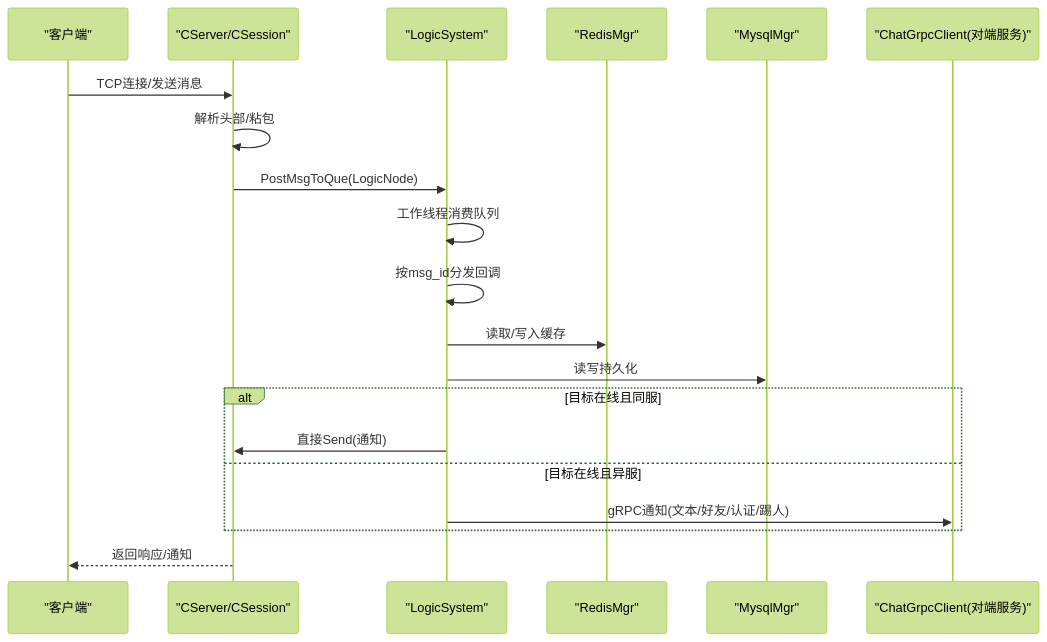
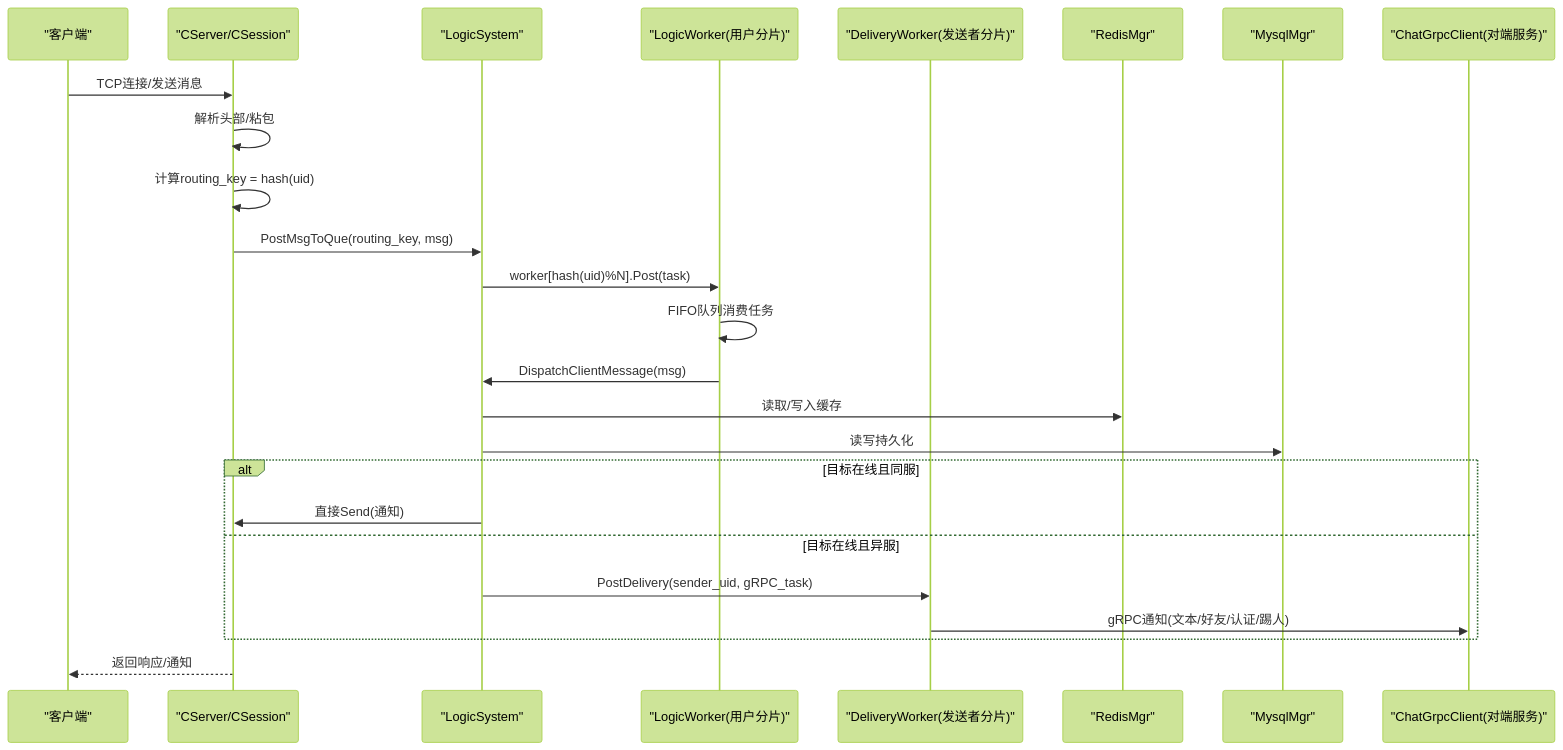
Before and after one commit to echo9923/mychatter: the second of 13 diagrams in .qoder/repowiki/zh/content/架构设计/微服务架构设计/ChatServer聊天核心服务/聊天逻辑系统.md, drawn with Mermaid (forest theme). The commit also changed other lines of this file and 54 other files, not shown here.

````diff
--- a/.qoder/repowiki/zh/content/架构设计/微服务架构设计/ChatServer聊天核心服务/聊天逻辑系统.md
+++ b/.qoder/repowiki/zh/content/架构设计/微服务架构设计/ChatServer聊天核心服务/聊天逻辑系统.md
@@ -122,22 +151,27 @@
 ```mermaid
 sequenceDiagram
 participant Client as "客户端"
 participant Server as "CServer/CSession"
-participant Logic as "LogicSystem"
+participant LS as "LogicSystem"
+participant LW as "LogicWorker(用户分片)"
+participant DW as "DeliveryWorker(发送者分片)"
 participant Cache as "RedisMgr"
 participant DB as "MysqlMgr"
 participant Peer as "ChatGrpcClient(对端服务)"
 Client->>Server : TCP连接/发送消息
 Server->>Server : 解析头部/粘包
-Server->>Logic : PostMsgToQue(LogicNode)
-Logic->>Logic : 工作线程消费队列
-Logic->>Logic : 按msg_id分发回调
-Logic->>Cache : 读取/写入缓存
-Logic->>DB : 读写持久化
+Server->>Server : 计算routing_key = hash(uid)
+Server->>LS : PostMsgToQue(routing_key, msg)
+LS->>LW : worker[hash(uid)%N].Post(task)
+LW->>LW : FIFO队列消费任务
+LW->>LS : DispatchClientMessage(msg)
+LS->>Cache : 读取/写入缓存
+LS->>DB : 读写持久化
 alt 目标在线且同服
-Logic->>Server : 直接Send(通知)
+LS->>Server : 直接Send(通知)
 else 目标在线且异服
-Logic->>Peer : gRPC通知(文本/好友/认证/踢人)
+LS->>DW : PostDelivery(sender_uid, gRPC_task)
+DW->>Peer : gRPC通知(文本/好友/认证/踢人)
 end
 Server-->>Client : 返回响应/通知
 ```
````
